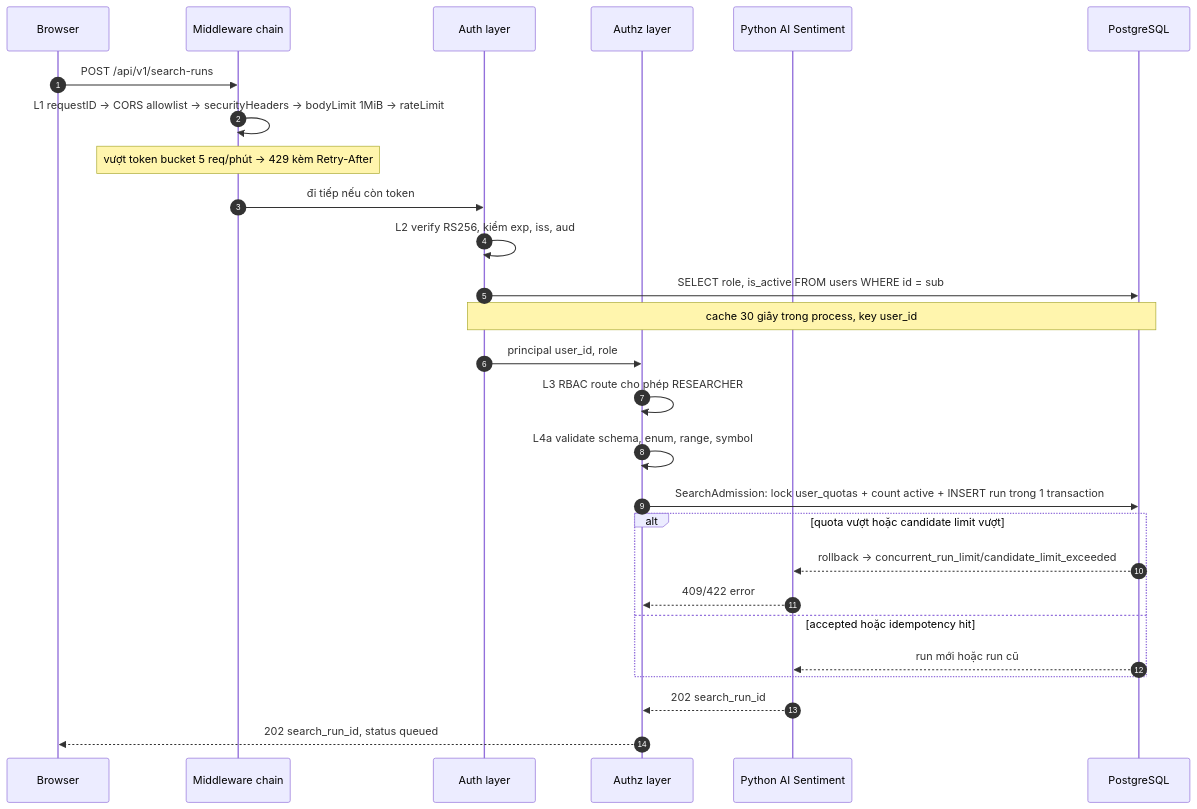
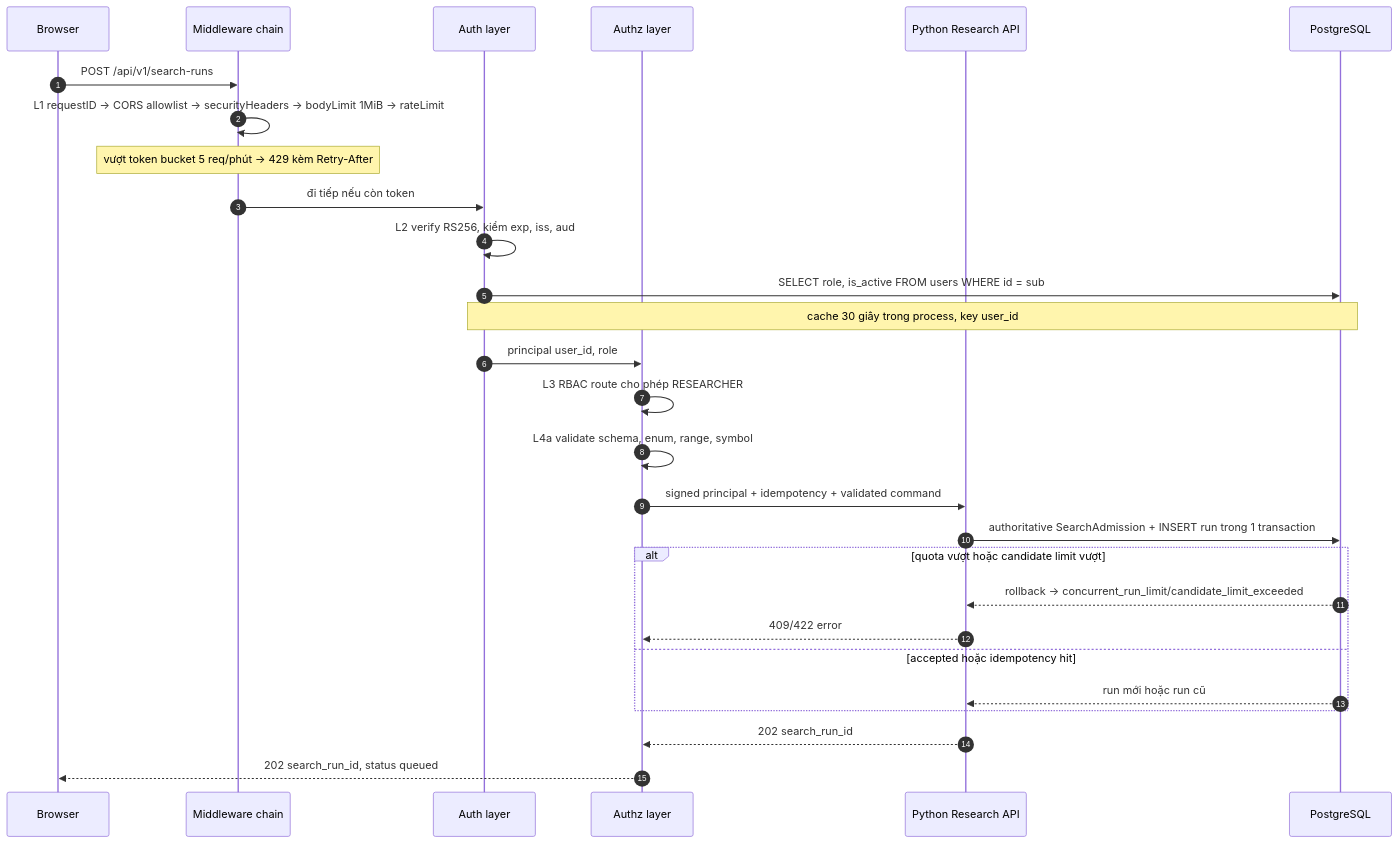
One commit to EnsoTech-Studio/CryptoBot changed the second of 3 diagrams in blueprint/specs/auth.md. Above: the diagram before and after it, drawn with Mermaid. The commit also changed other lines of this file and 129 other files, not shown here.

Commit message:
docs(blueprint): define agent architecture

````diff
--- a/blueprint/specs/auth.md
+++ b/blueprint/specs/auth.md
@@ -83,30 +81,31 @@
 ```mermaid
 sequenceDiagram
     autonumber
     participant B as Browser
     participant M as Middleware chain
     participant AU as Auth layer
     participant AZ as Authz layer
-    participant PY as Python AI Sentiment
+    participant PY as Python Research API
     participant DB as PostgreSQL
 
     B->>M: POST /api/v1/search-runs
     M->>M: L1 requestID → CORS allowlist → securityHeaders → bodyLimit 1MiB → rateLimit
     Note over M: vượt token bucket 5 req/phút → 429 kèm Retry-After
     M->>AU: đi tiếp nếu còn token
     AU->>AU: L2 verify RS256, kiểm exp, iss, aud
     AU->>DB: SELECT role, is_active FROM users WHERE id = sub
     Note over AU,DB: cache 30 giây trong process, key user_id
     AU->>AZ: principal user_id, role
     AZ->>AZ: L3 RBAC route cho phép RESEARCHER
     AZ->>AZ: L4a validate schema, enum, range, symbol
-    AZ->>DB: SearchAdmission: lock user_quotas + count active + INSERT run trong 1 transaction
+    AZ->>PY: signed principal + idempotency + validated command
+    PY->>DB: authoritative SearchAdmission + INSERT run trong 1 transaction
     alt quota vượt hoặc candidate limit vượt
         DB-->>PY: rollback → concurrent_run_limit/candidate_limit_exceeded
         PY-->>AZ: 409/422 error
     else accepted hoặc idempotency hit
         DB-->>PY: run mới hoặc run cũ
     end
     PY-->>AZ: 202 search_run_id
     AZ-->>B: 202 search_run_id, status queued
 ```
````
